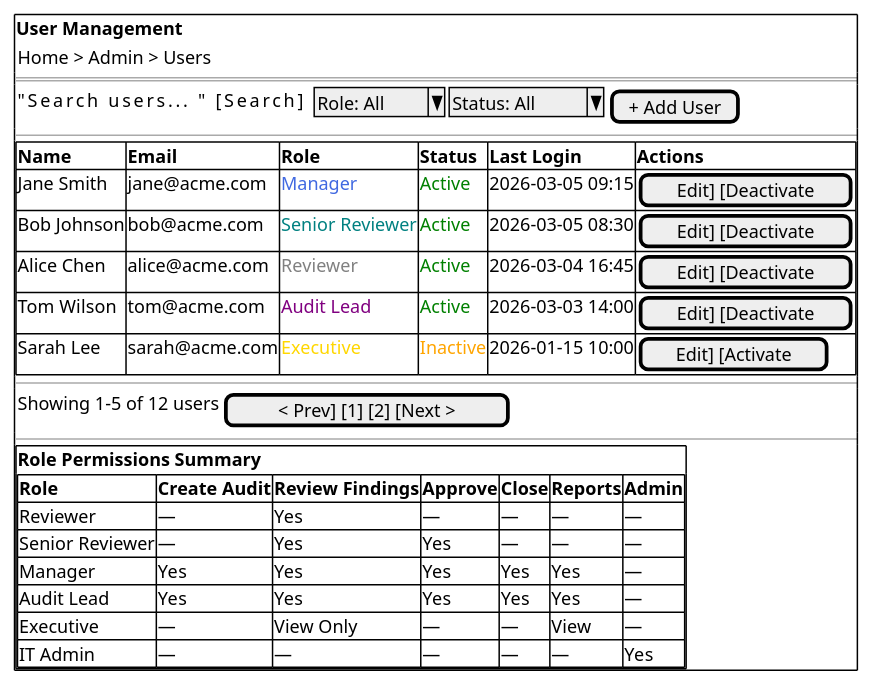
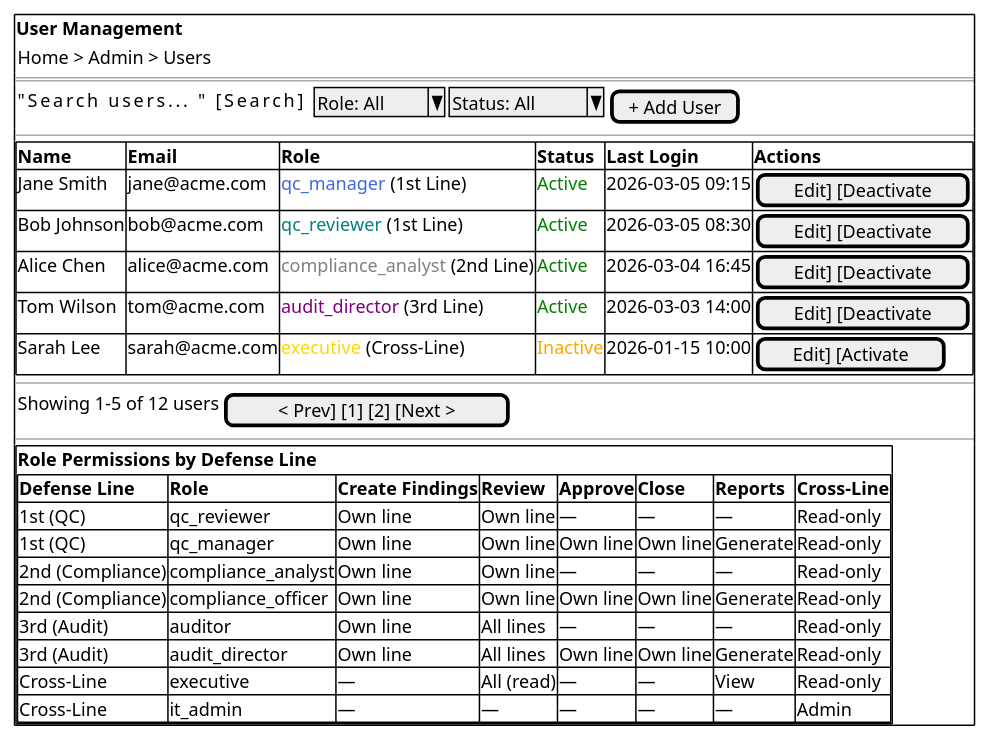
Before and after one commit to epieczko-re/audit-iq-docs: diagram 27 of 28 in src/docs/asciidoc/auditiq-product-architecture-delivery-plan/product-requirements/index.adoc, drawn with PlantUML. The commit also changed other lines of this file and 1 other file, not shown here.

```diff
--- a/src/docs/asciidoc/auditiq-product-architecture-delivery-plan/product-requirements/index.adoc
+++ b/src/docs/asciidoc/auditiq-product-architecture-delivery-plan/product-requirements/index.adoc
@@ -1888,35 +1997,37 @@
 [plantuml]
 ----
 @startsalt
 {+
   <b>User Management</b>
   { Home > Admin > Users }
   ===
   { "Search users...                " [Search] | . | ^Role: All^ | ^Status: All^ | [+ Add User] }
   ---
   {#
     <b>Name</b> | <b>Email</b> | <b>Role</b> | <b>Status</b> | <b>Last Login</b> | <b>Actions</b>
-    Jane Smith | jane@acme.com | <color:RoyalBlue>Manager</color> | <color:Green>Active</color> | 2026-03-05 09:15 | [Edit] [Deactivate]
-    Bob Johnson | bob@acme.com | <color:Teal>Senior Reviewer</color> | <color:Green>Active</color> | 2026-03-05 08:30 | [Edit] [Deactivate]
-    Alice Chen | alice@acme.com | <color:Gray>Reviewer</color> | <color:Green>Active</color> | 2026-03-04 16:45 | [Edit] [Deactivate]
-    Tom Wilson | tom@acme.com | <color:Purple>Audit Lead</color> | <color:Green>Active</color> | 2026-03-03 14:00 | [Edit] [Deactivate]
-    Sarah Lee | sarah@acme.com | <color:Gold>Executive</color> | <color:Orange>Inactive</color> | 2026-01-15 10:00 | [Edit] [Activate]
+    Jane Smith | jane@acme.com | <color:RoyalBlue>qc_manager</color> (1st Line) | <color:Green>Active</color> | 2026-03-05 09:15 | [Edit] [Deactivate]
+    Bob Johnson | bob@acme.com | <color:Teal>qc_reviewer</color> (1st Line) | <color:Green>Active</color> | 2026-03-05 08:30 | [Edit] [Deactivate]
+    Alice Chen | alice@acme.com | <color:Gray>compliance_analyst</color> (2nd Line) | <color:Green>Active</color> | 2026-03-04 16:45 | [Edit] [Deactivate]
+    Tom Wilson | tom@acme.com | <color:Purple>audit_director</color> (3rd Line) | <color:Green>Active</color> | 2026-03-03 14:00 | [Edit] [Deactivate]
+    Sarah Lee | sarah@acme.com | <color:Gold>executive</color> (Cross-Line) | <color:Orange>Inactive</color> | 2026-01-15 10:00 | [Edit] [Activate]
   }
   ---
   { Showing 1–5 of 12 users | [< Prev] [1] [2] [Next >] }
   ---
   {+
-    <b>Role Permissions Summary</b>
+    <b>Role Permissions by Defense Line</b>
     {#
-      <b>Role</b> | <b>Create Audit</b> | <b>Review Findings</b> | <b>Approve</b> | <b>Close</b> | <b>Reports</b> | <b>Admin</b>
-      Reviewer | — | Yes | — | — | — | —
-      Senior Reviewer | — | Yes | Yes | — | — | —
-      Manager | Yes | Yes | Yes | Yes | Yes | —
-      Audit Lead | Yes | Yes | Yes | Yes | Yes | —
-      Executive | — | View Only | — | — | View | —
-      IT Admin | — | — | — | — | — | Yes
+      <b>Defense Line</b> | <b>Role</b> | <b>Create Findings</b> | <b>Review</b> | <b>Approve</b> | <b>Close</b> | <b>Reports</b> | <b>Cross-Line</b>
+      1st (QC) | qc_reviewer | Own line | Own line | — | — | — | Read-only
+      1st (QC) | qc_manager | Own line | Own line | Own line | Own line | Generate | Read-only
+      2nd (Compliance) | compliance_analyst | Own line | Own line | — | — | — | Read-only
+      2nd (Compliance) | compliance_officer | Own line | Own line | Own line | Own line | Generate | Read-only
+      3rd (Audit) | auditor | Own line | All lines | — | — | — | Read-only
+      3rd (Audit) | audit_director | Own line | All lines | Own line | Own line | Generate | Read-only
+      Cross-Line | executive | — | All (read) | — | — | View | Read-only
+      Cross-Line | it_admin | — | — | — | — | — | Admin
     }
   }
 }
 @endsalt
 ----
```
